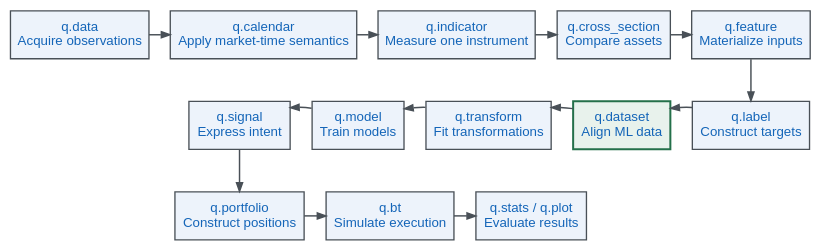
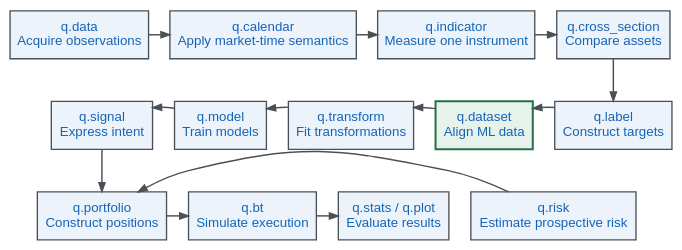
Before and after one commit to quantbert/qrt: the diagram in docs/index.qmd, drawn with Graphviz. The commit also changed other lines of this file and 38 other files, not shown here.

````diff
--- a/docs/index.qmd
+++ b/docs/index.qmd
@@ -15,33 +15,34 @@
 ```{dot}
 digraph research_flow {
     graph [bgcolor="transparent", nodesep=0.22, ranksep=0.45, pad=0.05]
     node [shape=box, style="filled", fillcolor="#edf3fb", color="#495057", fontcolor="#1465b8", fontname="Arial", fontsize=10, margin="0.08,0.05"]
     edge [color="#495057", arrowsize=0.65, penwidth=1.1]
 
     data [label="q.data\nAcquire observations"]
     calendar [label="q.calendar\nApply market-time semantics"]
     indicator [label="q.indicator\nMeasure one instrument"]
     cross_section [label="q.cross_section\nCompare assets"]
-    feature [label="q.feature\nMaterialize inputs"]
     label [label="q.label\nConstruct targets"]
     dataset [label="q.dataset\nAlign ML data", fillcolor="#e8f2ec", color="#24704a", penwidth=1.5]
     transform [label="q.transform\nFit transformations"]
     model [label="q.model\nTrain models"]
     signal [label="q.signal\nExpress intent"]
     portfolio [label="q.portfolio\nConstruct positions"]
+    risk [label="q.risk\nEstimate prospective risk"]
     bt [label="q.bt\nSimulate execution"]
     stats [label="q.stats / q.plot\nEvaluate results"]
 
-    { rank=same; data; calendar; indicator; cross_section; feature }
+    { rank=same; data; calendar; indicator; cross_section }
     { rank=same; signal; model; transform; dataset; label }
-    { rank=same; portfolio; bt; stats }
+    { rank=same; portfolio; risk; bt; stats }
 
     signal -> model -> transform -> dataset -> label [style=invis, weight=100]
 
-    data -> calendar -> indicator -> cross_section -> feature
-    feature -> label
+    data -> calendar -> indicator -> cross_section
+    cross_section -> label
     label -> dataset -> transform -> model -> signal [constraint=false, weight=0]
     signal -> portfolio
+    risk -> portfolio [constraint=false]
     portfolio -> bt -> stats
 }
 ```
````
